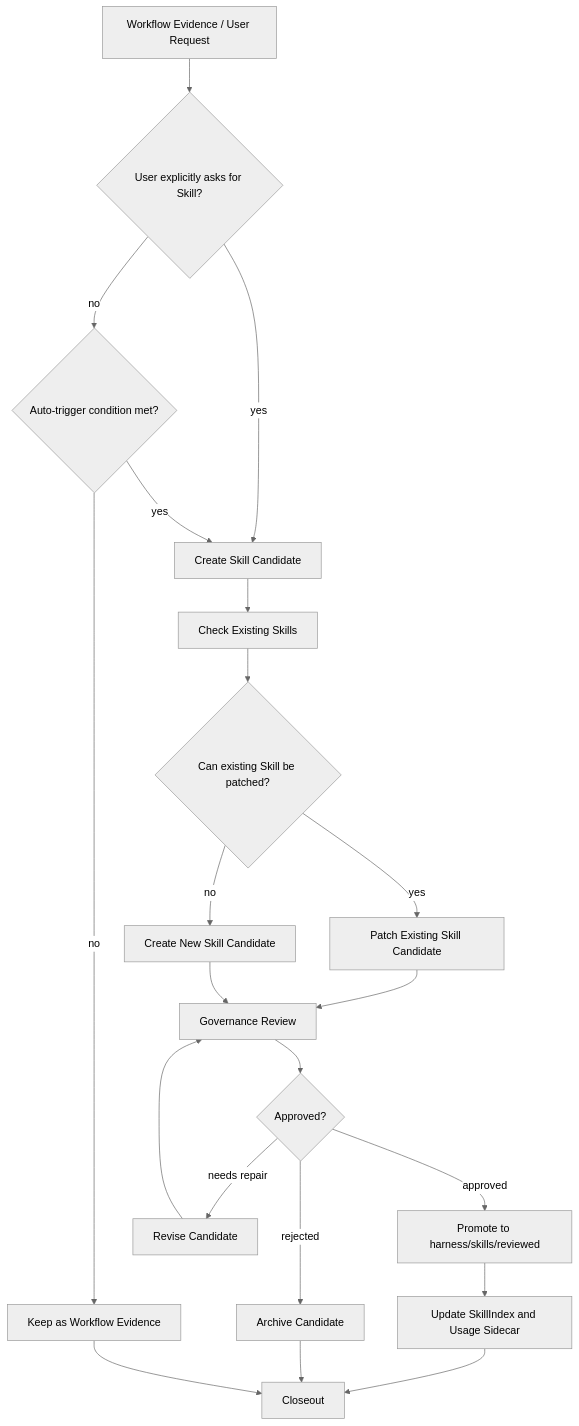
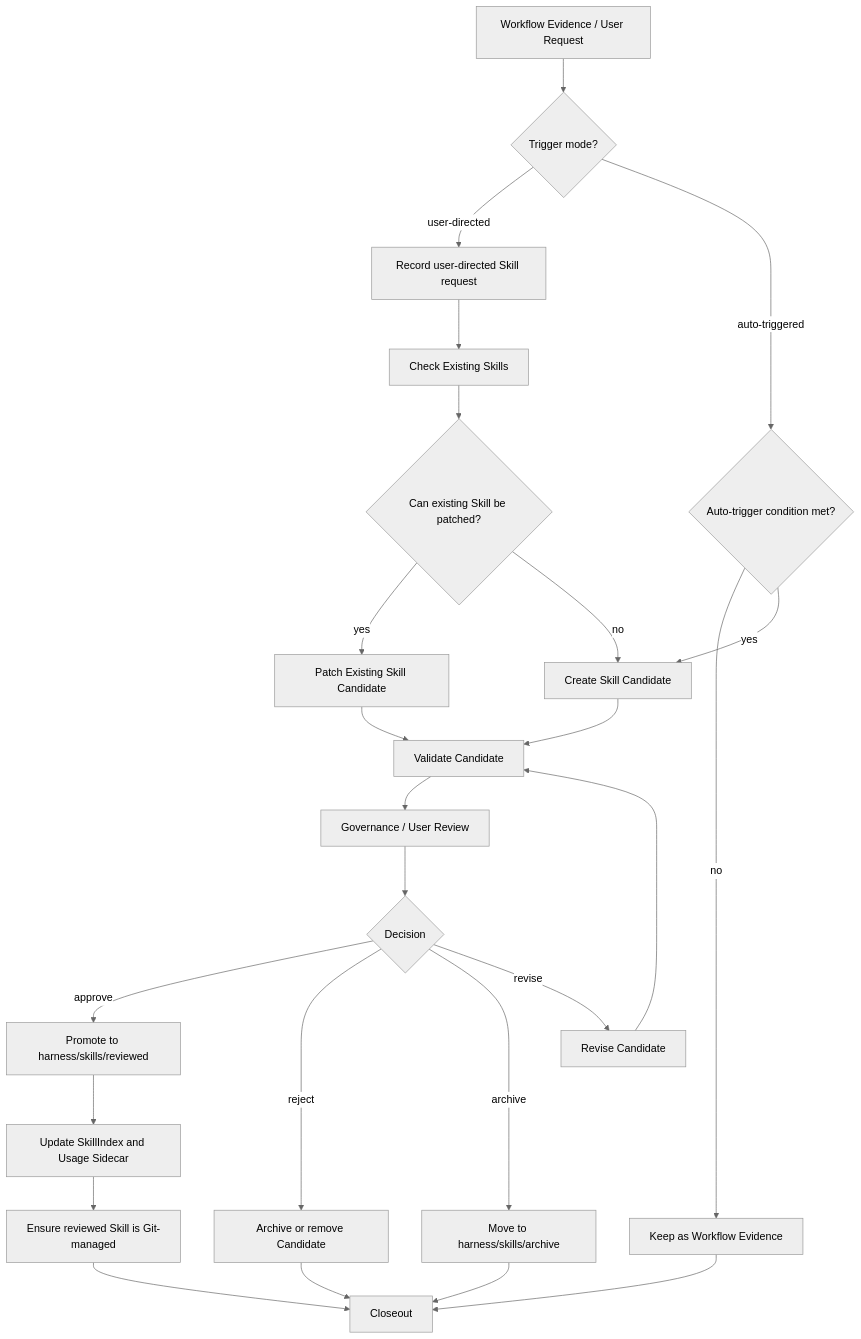
One commit to KKT-OPT/Free-Harness-World changed the diagram in harness/skills/SkillPolicy.md. Above: the diagram before and after it, drawn with Mermaid (neutral theme). The commit also changed other lines of this file and 28 other files, not shown here.

````diff
--- a/harness/skills/SkillPolicy.md
+++ b/harness/skills/SkillPolicy.md
@@ -49,23 +63,27 @@
 ```mermaid
 flowchart TD
-    A["Workflow Evidence / User Request"] --> B{"User explicitly asks for Skill?"}
-    B -->|yes| C["Create Skill Candidate"]
-    B -->|no| D{"Auto-trigger condition met?"}
+    A["Workflow Evidence / User Request"] --> B{"Trigger mode?"}
+    B -->|user-directed| C["Record user-directed Skill request"]
+    B -->|auto-triggered| D{"Auto-trigger condition met?"}
     D -->|no| E["Keep as Workflow Evidence"]
-    D -->|yes| C
-    C --> F["Check Existing Skills"]
-    F --> G{"Can existing Skill be patched?"}
-    G -->|yes| H["Patch Existing Skill Candidate"]
-    G -->|no| I["Create New Skill Candidate"]
-    H --> J["Governance Review"]
+    D -->|yes| F["Create Skill Candidate"]
+    C --> G["Check Existing Skills"]
+    G --> H{"Can existing Skill be patched?"}
+    H -->|yes| I["Patch Existing Skill Candidate"]
+    H -->|no| F
+    F --> J["Validate Candidate"]
     I --> J
-    J --> K{"Approved?"}
-    K -->|approved| L["Promote to harness/skills/reviewed"]
-    K -->|rejected| M["Archive Candidate"]
-    K -->|needs repair| N["Revise Candidate"]
-    N --> J
-    L --> O["Update SkillIndex and Usage Sidecar"]
-    O --> P["Closeout"]
-    M --> P
-    E --> P
+    J --> K["Governance / User Review"]
+    K --> L{"Decision"}
+    L -->|approve| M["Promote to harness/skills/reviewed"]
+    L -->|reject| N["Archive or remove Candidate"]
+    L -->|archive| O["Move to harness/skills/archive"]
+    L -->|revise| P["Revise Candidate"]
+    P --> J
+    M --> Q["Update SkillIndex and Usage Sidecar"]
+    Q --> R["Ensure reviewed Skill is Git-managed"]
+    R --> S["Closeout"]
+    N --> S
+    O --> S
+    E --> S
 ```
````
